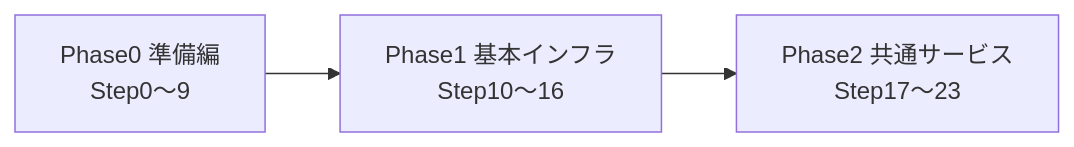
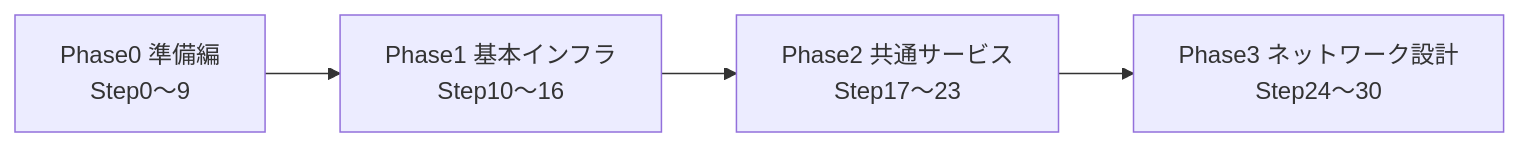
Before and after one commit to Taiyaki64/Azure-Common-Platform: the diagram in GETTING_STARTED.md, drawn with Mermaid. The commit also changed other lines of this file and 30 other files, not shown here.

````diff
--- a/GETTING_STARTED.md
+++ b/GETTING_STARTED.md
@@ -11,4 +12,4 @@
 ```mermaid
 flowchart LR
-    P0["Phase0 準備編<br>Step0〜9"] --> P1["Phase1 基本インフラ<br>Step10〜16"] --> P2["Phase2 共通サービス<br>Step17〜23"]
+    P0["Phase0 準備編<br>Step0〜9"] --> P1["Phase1 基本インフラ<br>Step10〜16"] --> P2["Phase2 共通サービス<br>Step17〜23"] --> P3["Phase3 ネットワーク設計<br>Step24〜30"]
 ```
````
